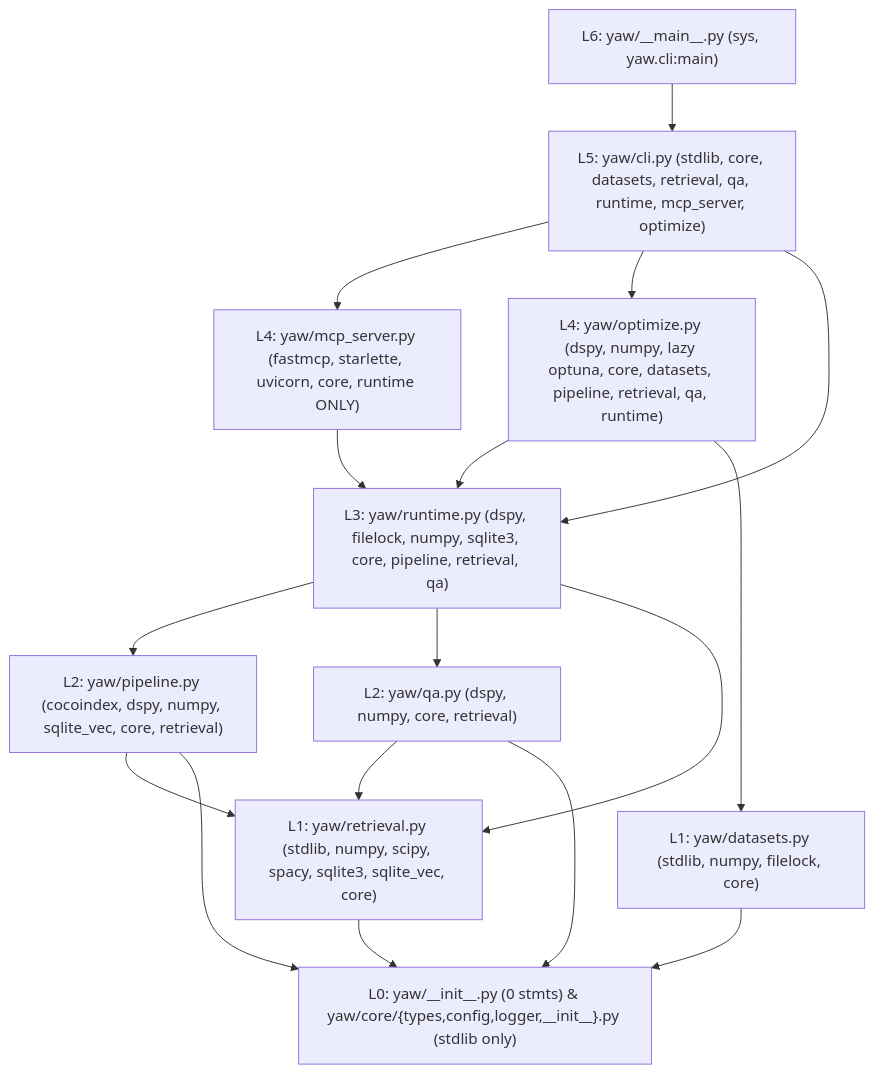
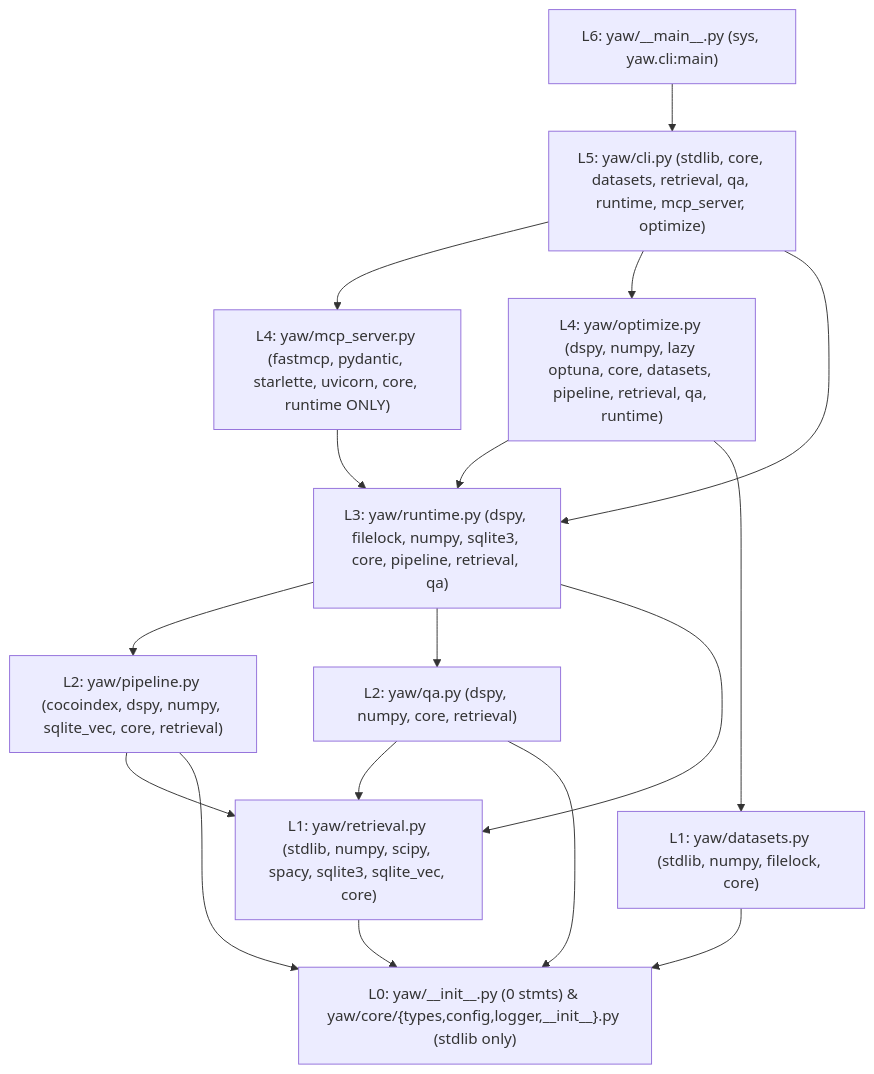
Before and after one commit to negatrait/yaw: the diagram in docs/reviews/bare-bones-replacement-sprint.md, drawn with Mermaid. The commit also changed other lines of this file and 18 other files, not shown here.

````diff
--- a/docs/reviews/bare-bones-replacement-sprint.md
+++ b/docs/reviews/bare-bones-replacement-sprint.md
@@ -120,29 +120,29 @@
 ```mermaid
 flowchart TD
     L0["L0: yaw/__init__.py (0 stmts) & yaw/core/{types,config,logger,__init__}.py (stdlib only)"]
     L1_DS["L1: yaw/datasets.py (stdlib, numpy, filelock, core)"]
     L1_RET["L1: yaw/retrieval.py (stdlib, numpy, scipy, spacy, sqlite3, sqlite_vec, core)"]
     L2_PIP["L2: yaw/pipeline.py (cocoindex, dspy, numpy, sqlite_vec, core, retrieval)"]
     L2_QA["L2: yaw/qa.py (dspy, numpy, core, retrieval)"]
     L3_RT["L3: yaw/runtime.py (dspy, filelock, numpy, sqlite3, core, pipeline, retrieval, qa)"]
-    L4_MCP["L4: yaw/mcp_server.py (fastmcp, starlette, uvicorn, core, runtime ONLY)"]
+    L4_MCP["L4: yaw/mcp_server.py (fastmcp, pydantic, starlette, uvicorn, core, runtime ONLY)"]
     L4_OPT["L4: yaw/optimize.py (dspy, numpy, lazy optuna, core, datasets, pipeline, retrieval, qa, runtime)"]
     L5_CLI["L5: yaw/cli.py (stdlib, core, datasets, retrieval, qa, runtime, mcp_server, optimize)"]
     L6_MAIN["L6: yaw/__main__.py (sys, yaw.cli:main)"]
     L1_DS --> L0
     L1_RET --> L0
     L2_PIP --> L1_RET
     L2_PIP --> L0
     L2_QA --> L1_RET
     L2_QA --> L0
     L3_RT --> L2_PIP
     L3_RT --> L2_QA
     L3_RT --> L1_RET
     L4_MCP --> L3_RT
     L4_OPT --> L3_RT
     L4_OPT --> L1_DS
     L5_CLI --> L4_MCP
     L5_CLI --> L4_OPT
     L5_CLI --> L3_RT
     L6_MAIN --> L5_CLI
 ```
````
